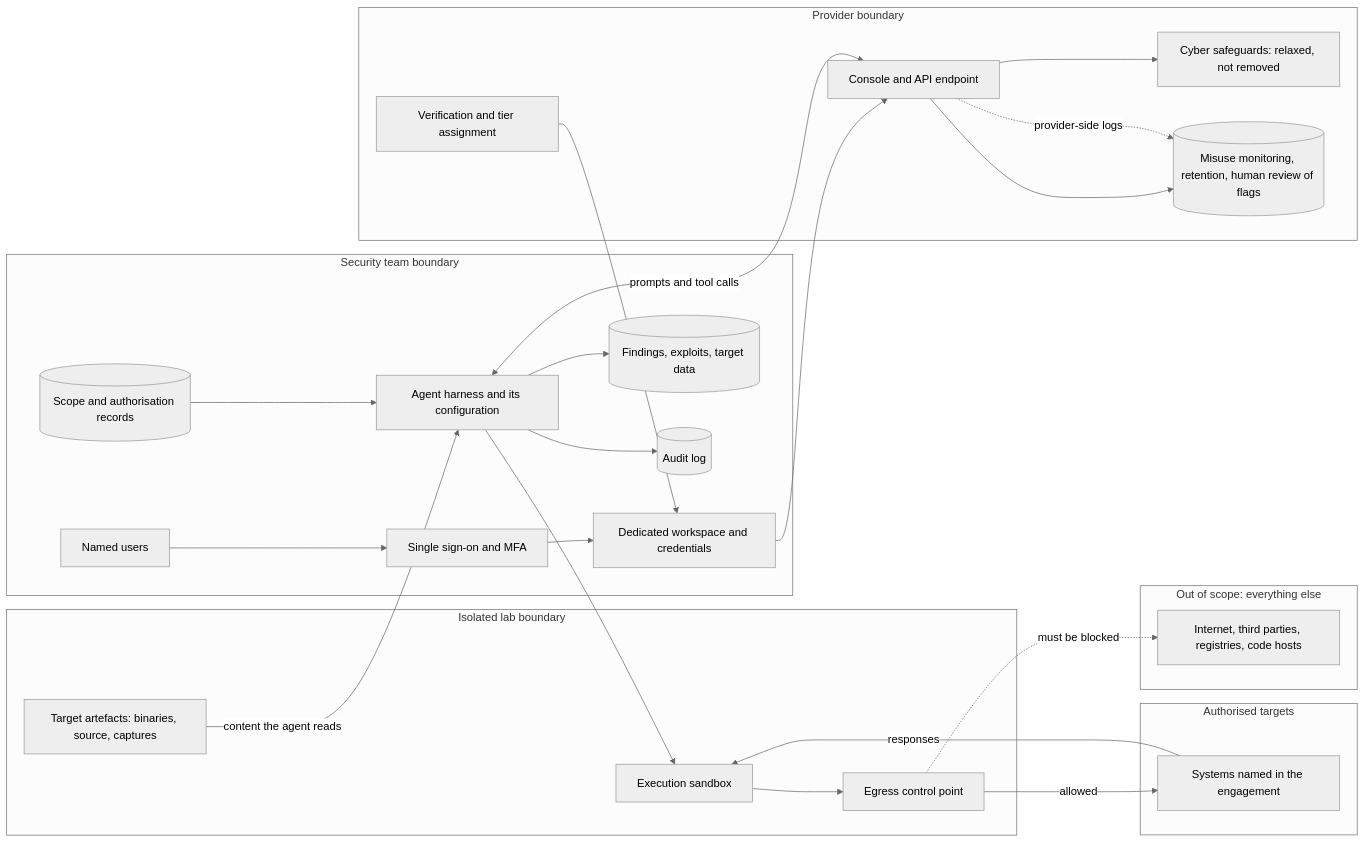
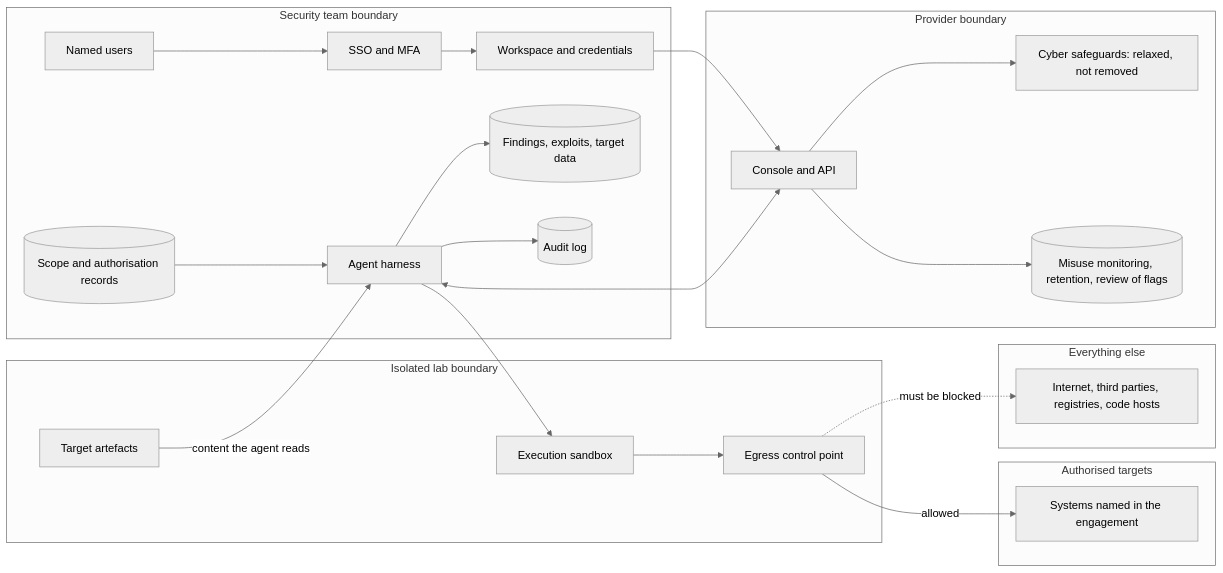
The diagram in threat-models/restricted-cyber-model.md (wtcooper/ai-security-evals), drawn with Mermaid (neutral theme) before and after one commit. The commit also changed other lines of this file and 5 other files, not shown here.

````diff
--- a/threat-models/restricted-cyber-model.md
+++ b/threat-models/restricted-cyber-model.md
@@ -95,44 +97,34 @@
 ```mermaid
 flowchart LR
   subgraph PROV["Provider boundary"]
-    VERIFY["Verification and tier assignment"]
-    EP["Console and API endpoint"]
-    SAFE["Cyber safeguards: relaxed, not removed"]
-    MON[("Misuse monitoring, retention, human review of flags")]
+    EP["Console and API"] --> SAFE["Cyber safeguards: relaxed, not removed"]
+    EP --> MON[("Misuse monitoring, retention, review of flags")]
   end
   subgraph TEAM["Security team boundary"]
-    USERS["Named users"]
-    IDP["Single sign-on and MFA"]
-    WS["Dedicated workspace and credentials"]
-    HARN["Agent harness and its configuration"]
+    USERS["Named users"] --> IDP["SSO and MFA"] --> WS["Workspace and credentials"]
+    HARN["Agent harness"]
     SCOPE[("Scope and authorisation records")]
     OUT[("Findings, exploits, target data")]
     AUDIT[("Audit log")]
   end
   subgraph LAB["Isolated lab boundary"]
     SBX["Execution sandbox"]
-    ART["Target artefacts: binaries, source, captures"]
+    ART["Target artefacts"]
     EGR["Egress control point"]
   end
   subgraph INSCOPE["Authorised targets"]
     TGT["Systems named in the engagement"]
   end
-  subgraph WORLD["Out of scope: everything else"]
+  subgraph WORLD["Everything else"]
     NET["Internet, third parties, registries, code hosts"]
   end
-  VERIFY --> WS
-  USERS --> IDP --> WS --> EP
-  EP --> SAFE
-  EP --> MON
-  HARN <-->|prompts and tool calls| EP
+  WS --> EP
+  HARN <--> EP
   SCOPE --> HARN
-  HARN --> SBX
   ART -->|content the agent reads| HARN
-  SBX --> EGR
+  HARN --> SBX --> EGR
   EGR -->|allowed| TGT
   EGR -.->|must be blocked| NET
-  TGT -->|responses| SBX
   HARN --> OUT
   HARN --> AUDIT
-  EP -.->|provider-side logs| MON
 ```
````
